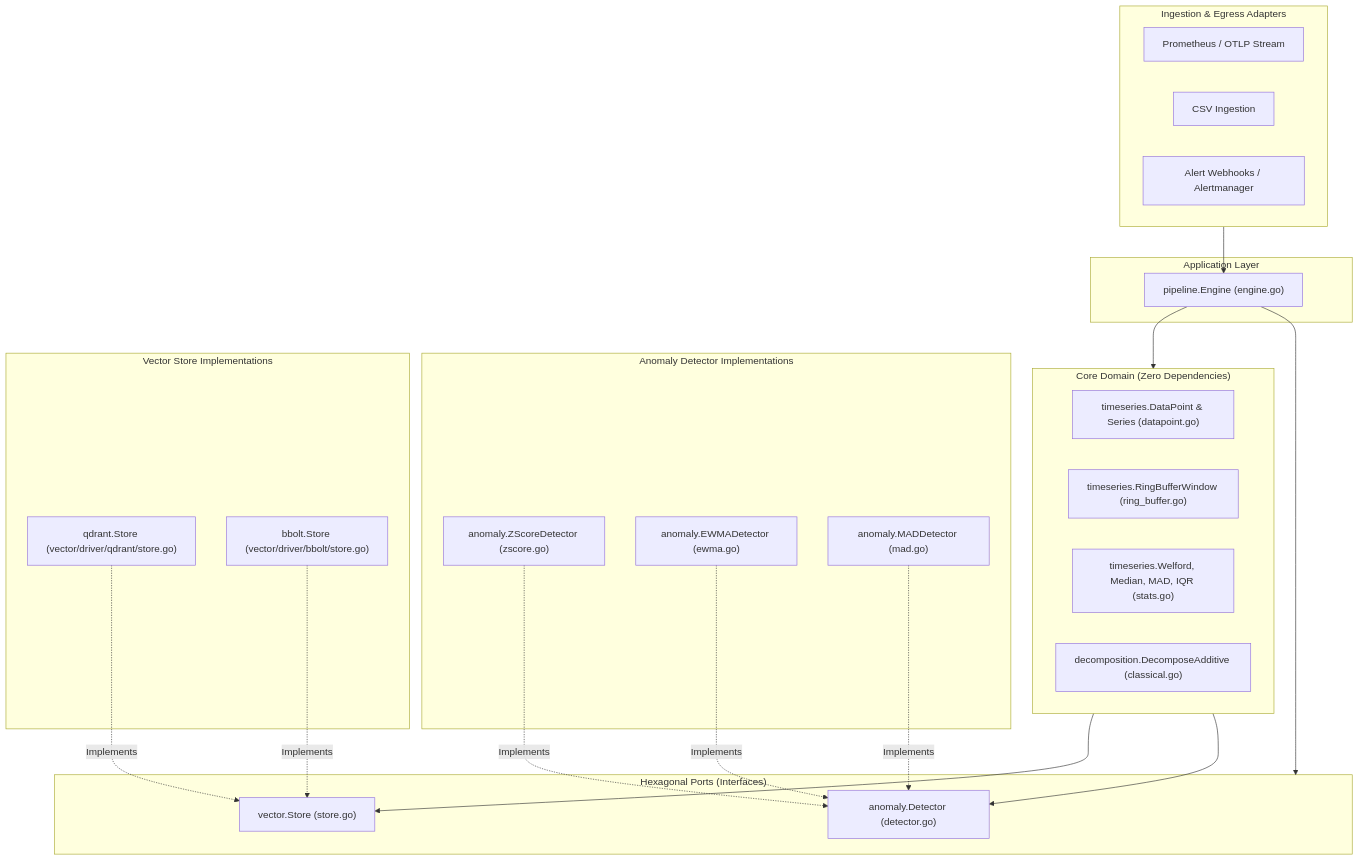
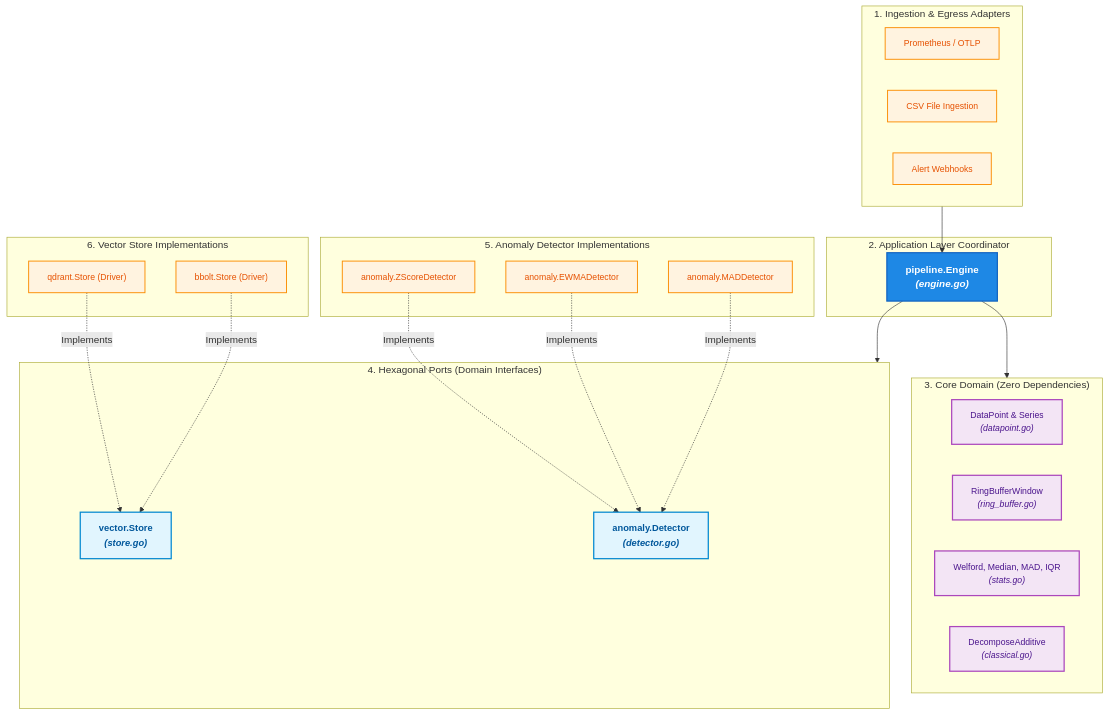
Before and after one commit to eltony81/timescan: the diagram in README.md, drawn with Mermaid.

Commit message:
docs: optimize mermaid diagram font size and contrast for readability

````diff
--- a/README.md
+++ b/README.md
@@ -161,49 +161,57 @@
 ```mermaid
-graph TD
-    subgraph Ingestion_Egress ["Ingestion & Egress Adapters"]
-        Prometheus["Prometheus / OTLP Stream"]
-        CSV["CSV Ingestion"]
-        Webhooks["Alert Webhooks / Alertmanager"]
+graph TB
+    %% Custom Styling for High Contrast and Larger Readability
+    classDef header font-size:16px,font-weight:bold,fill:#1e88e5,color:#ffffff,stroke:#1565c0,stroke-width:2px;
+    classDef port font-size:15px,font-weight:bold,fill:#e1f5fe,color:#01579b,stroke:#0288d1,stroke-width:2px;
+    classDef domain font-size:14px,fill:#f3e5f5,color:#4a148c,stroke:#ab47bc,stroke-width:2px;
+    classDef adapter font-size:14px,fill:#fff3e0,color:#e65100,stroke:#fb8c00,stroke-width:1.5px;
+
+    subgraph Ingestion ["1. Ingestion & Egress Adapters"]
+        Prometheus["Prometheus / OTLP"]
+        CSV["CSV File Ingestion"]
+        Webhooks["Alert Webhooks"]
     end
 
-    subgraph App_Layer ["Application Layer"]
-        Engine["pipeline.Engine (engine.go)"]
+    subgraph App ["2. Application Layer Coordinator"]
+        Engine["pipeline.Engine<br/><i>(engine.go)</i>"]
     end
 
-    subgraph Ports ["Hexagonal Ports (Interfaces)"]
-        DetectorPort["anomaly.Detector (detector.go)"]
-        StorePort["vector.Store (store.go)"]
+    subgraph Core ["3. Core Domain (Zero Dependencies)"]
+        DataPoint["DataPoint & Series<br/><i>(datapoint.go)</i>"]
+        RingBuffer["RingBufferWindow<br/><i>(ring_buffer.go)</i>"]
+        Stats["Welford, Median, MAD, IQR<br/><i>(stats.go)</i>"]
+        Decomp["DecomposeAdditive<br/><i>(classical.go)</i>"]
     end
 
-    subgraph Core_Domain ["Core Domain (Zero Dependencies)"]
-        DataPoint["timeseries.DataPoint & Series (datapoint.go)"]
-        RingBuffer["timeseries.RingBufferWindow (ring_buffer.go)"]
-        Stats["timeseries.Welford, Median, MAD, IQR (stats.go)"]
-        Decomp["decomposition.DecomposeAdditive (classical.go)"]
+    subgraph Ports ["4. Hexagonal Ports (Domain Interfaces)"]
+        DetectorPort["anomaly.Detector<br/><i>(detector.go)</i>"]
+        StorePort["vector.Store<br/><i>(store.go)</i>"]
     end
 
-    subgraph Detector_Adapters ["Anomaly Detector Implementations"]
-        ZScore["anomaly.ZScoreDetector (zscore.go)"]
-        EWMA["anomaly.EWMADetector (ewma.go)"]
-        MAD["anomaly.MADDetector (mad.go)"]
+    subgraph Detectors ["5. Anomaly Detector Implementations"]
+        ZScore["anomaly.ZScoreDetector"]
+        EWMA["anomaly.EWMADetector"]
+        MAD["anomaly.MADDetector"]
     end
 
-    subgraph Store_Adapters ["Vector Store Implementations"]
-        Qdrant["qdrant.Store (vector/driver/qdrant/store.go)"]
-        Bbolt["bbolt.Store (vector/driver/bbolt/store.go)"]
+    subgraph Stores ["6. Vector Store Implementations"]
+        Qdrant["qdrant.Store (Driver)"]
+        Bbolt["bbolt.Store (Driver)"]
     end
 
-    Ingestion_Egress --> Engine
+    Ingestion --> Engine
+    Engine --> Core
     Engine --> Ports
-    Engine --> Core_Domain
 
     ZScore -. Implements .-> DetectorPort
     EWMA -. Implements .-> DetectorPort
     MAD -. Implements .-> DetectorPort
 
     Qdrant -. Implements .-> StorePort
     Bbolt -. Implements .-> StorePort
 
-    Core_Domain --> DetectorPort
-    Core_Domain --> StorePort
+    class Engine header;
+    class DetectorPort,StorePort port;
+    class DataPoint,RingBuffer,Stats,Decomp domain;
+    class Prometheus,CSV,Webhooks,ZScore,EWMA,MAD,Qdrant,Bbolt adapter;
 ```
````
